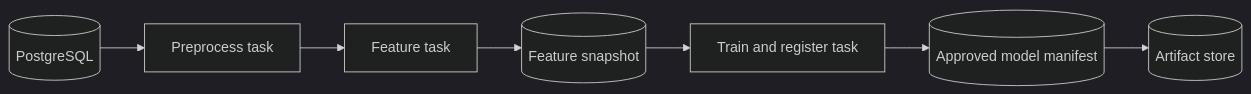
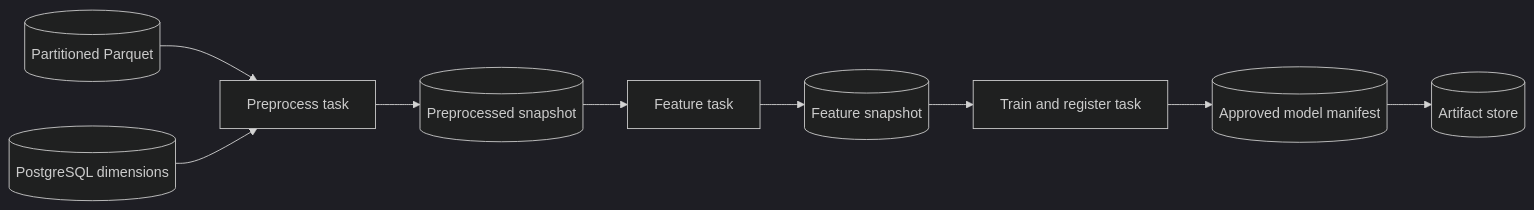
Before and after one commit to linhsinp/junyi-online-learning-prediction: the diagram in docs/implementation-plan.md, drawn with Mermaid (dark theme). The commit also changed other lines of this file and 3 other files, not shown here.

````diff
--- a/docs/implementation-plan.md
+++ b/docs/implementation-plan.md
@@ -28,9 +28,11 @@
 ```mermaid
 flowchart LR
-  PG[(PostgreSQL)] --> PRE[Preprocess task]
-  PRE --> FE[Feature task]
+  LAKE[(Partitioned Parquet)] --> PRE[Preprocess task]
+  PG[(PostgreSQL dimensions)] --> PRE
+  PRE --> PS[(Preprocessed snapshot)]
+  PS --> FE[Feature task]
   FE --> FS[(Feature snapshot)]
   FS --> TRAIN[Train and register task]
   TRAIN --> REG[(Approved model manifest)]
   REG --> GCS[(Artifact store)]
 ```
````
